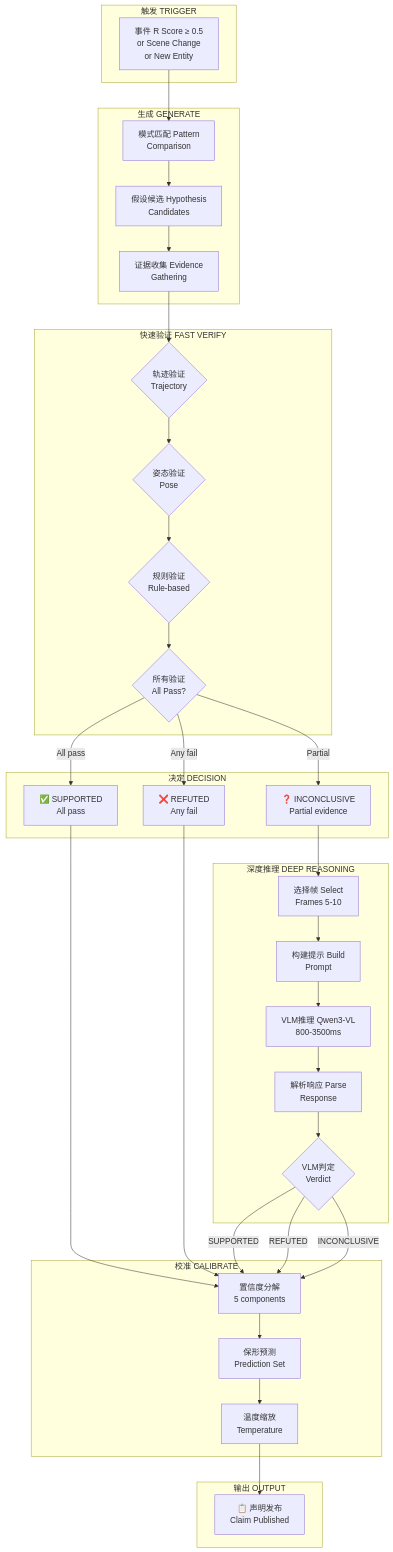
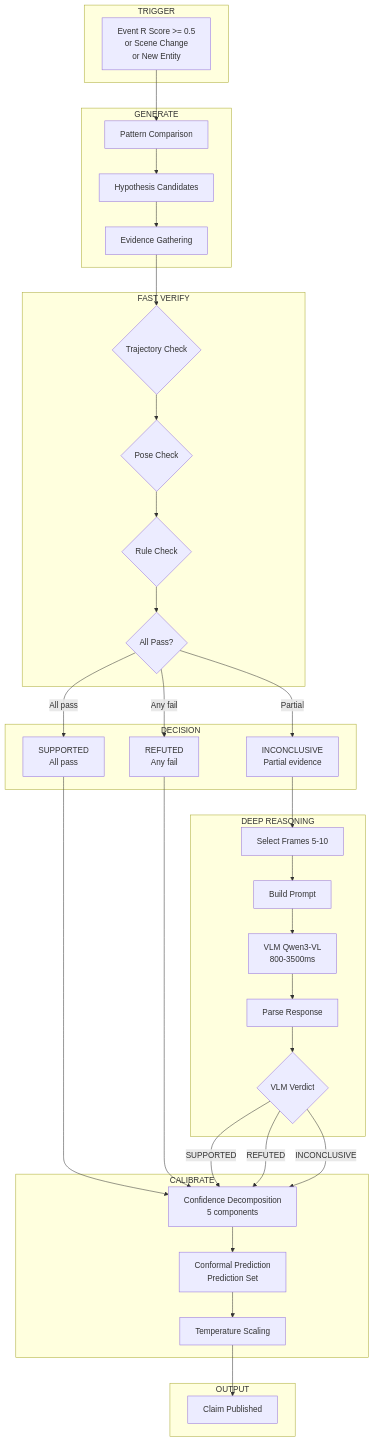
Before and after one commit to patchyevolve/MULTImodalResoner-Rese: the third of 10 diagrams in 02_architecture/diagrams/05_complete_system.md, drawn with Mermaid. The commit also changed other lines of this file, not shown here.

First line of the commit message:
Fix complete system diagrams: remove Chinese text, fix Mermaid syntax

````diff
--- a/02_architecture/diagrams/05_complete_system.md
+++ b/02_architecture/diagrams/05_complete_system.md
@@ -312,71 +246,71 @@
 ```mermaid
 graph TB
-    subgraph TRIGGER["触发 TRIGGER"]
-        T1["事件 R Score ≥ 0.5<br/>or Scene Change<br/>or New Entity"]
+    subgraph TRIGGER["TRIGGER"]
+        T1["Event R Score >= 0.5<br/>or Scene Change<br/>or New Entity"]
     end
 
-    subgraph GEN["生成 GENERATE"]
-        G1["模式匹配 Pattern<br/>Comparison"]
-        G2["假设候选 Hypothesis<br/>Candidates"]
-        G3["证据收集 Evidence<br/>Gathering"]
+    subgraph GEN["GENERATE"]
+        G1["Pattern Comparison"]
+        G2["Hypothesis Candidates"]
+        G3["Evidence Gathering"]
     end
 
-    subgraph FAST["快速验证 FAST VERIFY"]
-        F1{"轨迹验证<br/>Trajectory"}
-        F2{"姿态验证<br/>Pose"}
-        F3{"规则验证<br/>Rule-based"}
-        F4{"所有验证<br/>All Pass?"}
+    subgraph FAST["FAST VERIFY"]
+        F1{"Trajectory Check"}
+        F2{"Pose Check"}
+        F3{"Rule Check"}
+        F4{"All Pass?"}
     end
 
-    subgraph DECISION["决定 DECISION"]
-        D1["✅ SUPPORTED<br/>All pass"]
-        D2["❌ REFUTED<br/>Any fail"]
-        D3["❓ INCONCLUSIVE<br/>Partial evidence"]
+    subgraph DECISION["DECISION"]
+        D1["SUPPORTED<br/>All pass"]
+        D2["REFUTED<br/>Any fail"]
+        D3["INCONCLUSIVE<br/>Partial evidence"]
     end
 
-    subgraph DEEP["深度推理 DEEP REASONING"]
-        DE1["选择帧 Select<br/>Frames 5-10"]
-        DE2["构建提示 Build<br/>Prompt"]
-        DE3["VLM推理 Qwen3-VL<br/>800-3500ms"]
-        DE4["解析响应 Parse<br/>Response"]
-        DE5{"VLM判定<br/>Verdict"}
+    subgraph DEEP["DEEP REASONING"]
+        DE1["Select Frames 5-10"]
+        DE2["Build Prompt"]
+        DE3["VLM Qwen3-VL<br/>800-3500ms"]
+        DE4["Parse Response"]
+        DE5{"VLM Verdict"}
     end
 
-    subgraph CAL["校准 CALIBRATE"]
-        C1["置信度分解<br/>5 components"]
-        C2["保形预测<br/>Prediction Set"]
-        C3["温度缩放<br/>Temperature"]
+    subgraph CAL["CALIBRATE"]
+        C1["Confidence Decomposition<br/>5 components"]
+        C2["Conformal Prediction<br/>Prediction Set"]
+        C3["Temperature Scaling"]
     end
 
-    subgraph OUT["输出 OUTPUT"]
-        O1["📋 声明发布<br/>Claim Published"]
+    subgraph OUT["OUTPUT"]
+        O1["Claim Published"]
     end
 
     T1 --> G1
     G1 --> G2
     G2 --> G3
     G3 --> F1
     F1 --> F2
     F2 --> F3
     F3 --> F4
 
     F4 -->|All pass| D1
     F4 -->|Any fail| D2
     F4 -->|Partial| D3
 
     D1 --> C1
     D2 --> C1
     D3 --> DE1
     DE1 --> DE2
     DE2 --> DE3
     DE3 --> DE4
     DE4 --> DE5
 
     DE5 -->|SUPPORTED| C1
     DE5 -->|REFUTED| C1
     DE5 -->|INCONCLUSIVE| C1
 
     C1 --> C2
     C2 --> C3
     C3 --> O1
 ```
````
